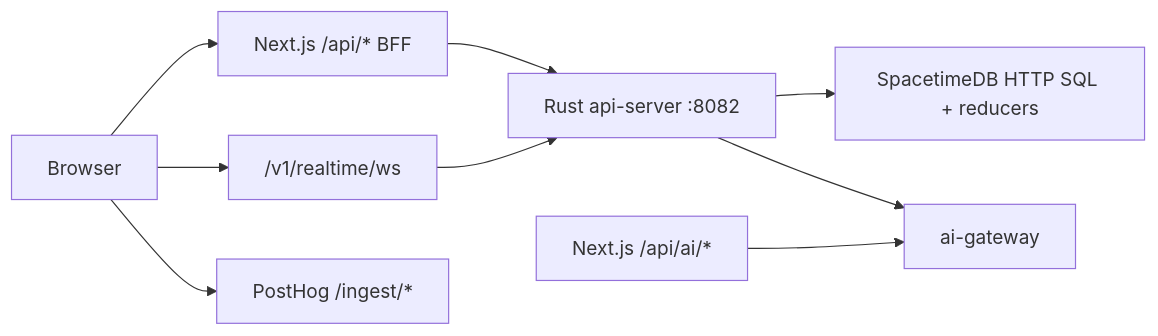
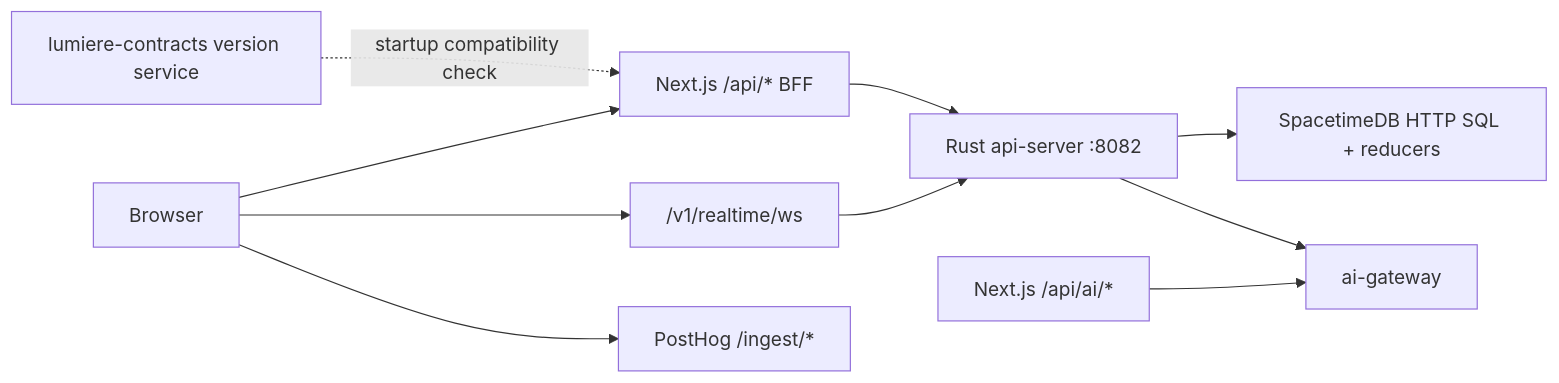
The diagram in docs/ARCHITECTURE.md (KevTiv/lumiere-v-1), drawn with Mermaid before and after one commit. The commit also changed other lines of this file and 5 other files, not shown here.

Commit message:
feat(railway): verify contracts service at startup

````diff
--- a/docs/ARCHITECTURE.md
+++ b/docs/ARCHITECTURE.md
@@ -7,11 +7,12 @@
 ```mermaid
 flowchart LR
   Browser --> NextApi["Next.js /api/* BFF"]
+  Contracts["lumiere-contracts version service"] -. startup compatibility check .-> NextApi
   NextApi --> ApiServer["Rust api-server :8082"]
   ApiServer --> StdbHttp["SpacetimeDB HTTP SQL + reducers"]
   Browser --> RealtimeWs["/v1/realtime/ws"]
   RealtimeWs --> ApiServer
   ApiServer --> AiGateway["ai-gateway"]
   Browser --> PostHogIngest["PostHog /ingest/*"]
   NextAi["Next.js /api/ai/*"] --> AiGateway
 ```
````
